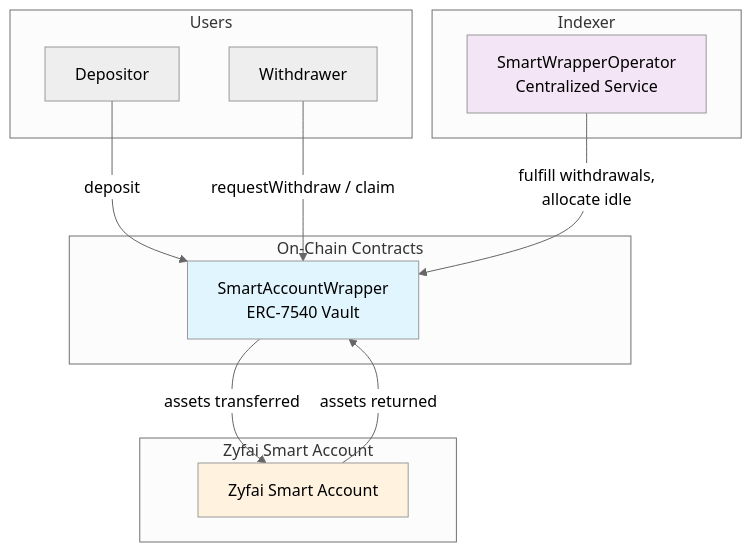
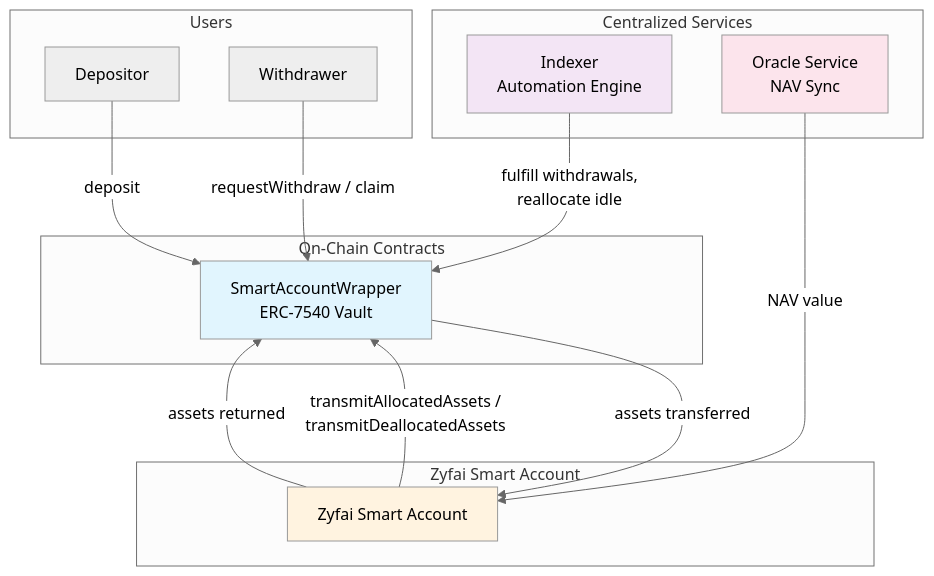
One commit to ondefy/erc7540-wrapper changed the first of 10 diagrams in ARCHITECTURE.md. Above: the diagram before and after it, drawn with Mermaid (neutral theme). The commit also changed other lines of this file, not shown here.

Commit message:
fix: new graph

````diff
--- a/ARCHITECTURE.md
+++ b/ARCHITECTURE.md
@@ -38,29 +39,33 @@
 ```mermaid
 graph TB
     subgraph Users
         U1[Depositor]
         U2[Withdrawer]
     end
 
-    subgraph Indexer
-        BE[SmartWrapperOperator<br/>Centralized Service]
+    subgraph "Centralized Services"
+        BE[Indexer<br/>Automation Engine]
+        ORACLE[Oracle Service<br/>NAV Sync]
     end
 
     subgraph "On-Chain Contracts"
         VAULT[SmartAccountWrapper<br/>ERC-7540 Vault]
     end
 
     subgraph "Zyfai Smart Account"
         SA[Zyfai Smart Account]
     end
 
     U1 -->|deposit| VAULT
     U2 -->|requestWithdraw / claim| VAULT
-    BE -->|"fulfill withdrawals,<br/>allocate idle"| VAULT
+    BE -->|"fulfill withdrawals,<br/>reallocate idle"| VAULT
+    ORACLE -->|"NAV value"| SA
+    SA -->|"transmitAllocatedAssets /<br/>transmitDeallocatedAssets"| VAULT
     VAULT -->|"assets transferred"| SA
     SA -->|"assets returned"| VAULT
 
     style VAULT fill:#e1f5fe
     style SA fill:#fff3e0
     style BE fill:#f3e5f5
+    style ORACLE fill:#fce4ec
 ```
````
